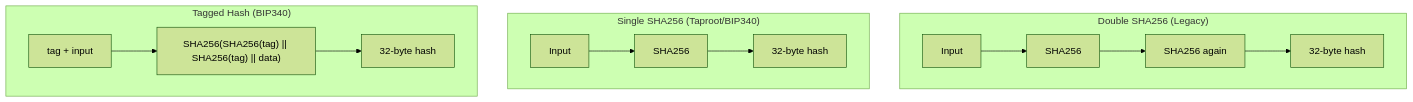
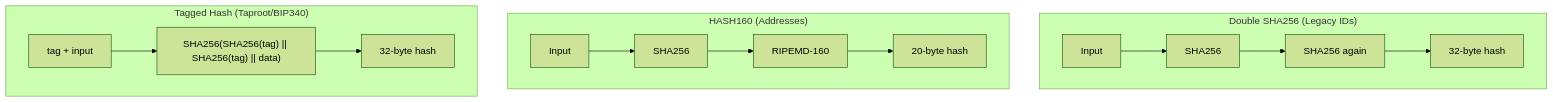
One commit to diegobianqui/BOSS_Syllabus changed the second of 4 diagrams in src/cryptography.md. Above: the diagram before and after it, drawn with Mermaid (forest theme). The commit also changed other lines of this file, not shown here.

````diff
--- a/src/cryptography.md
+++ b/src/cryptography.md
@@ -37,18 +53,19 @@
 ```mermaid
 graph TD
-    subgraph DoubleSHA["Double SHA256 (Legacy)"]
+    subgraph DoubleSHA["Double SHA256 (Legacy IDs)"]
         D1[Input] --> D2["SHA256"]
         D2 --> D3["SHA256 again"]
         D3 --> D4["32-byte hash"]
     end
     
-    subgraph SingleSHA["Single SHA256 (Taproot/BIP340)"]
-        S1[Input] --> S2["SHA256"]
-        S2 --> S3["32-byte hash"]
+    subgraph Hash160["HASH160 (Addresses)"]
+        H1[Input] --> H2["SHA256"]
+        H2 --> H3["RIPEMD-160"]
+        H3 --> H4["20-byte hash"]
     end
     
-    subgraph Tagged["Tagged Hash (BIP340)"]
+    subgraph Tagged["Tagged Hash (Taproot/BIP340)"]
         T1["tag + input"] --> T2["SHA256(SHA256(tag) || SHA256(tag) || data)"]
         T2 --> T3["32-byte hash"]
     end
 ```
````
